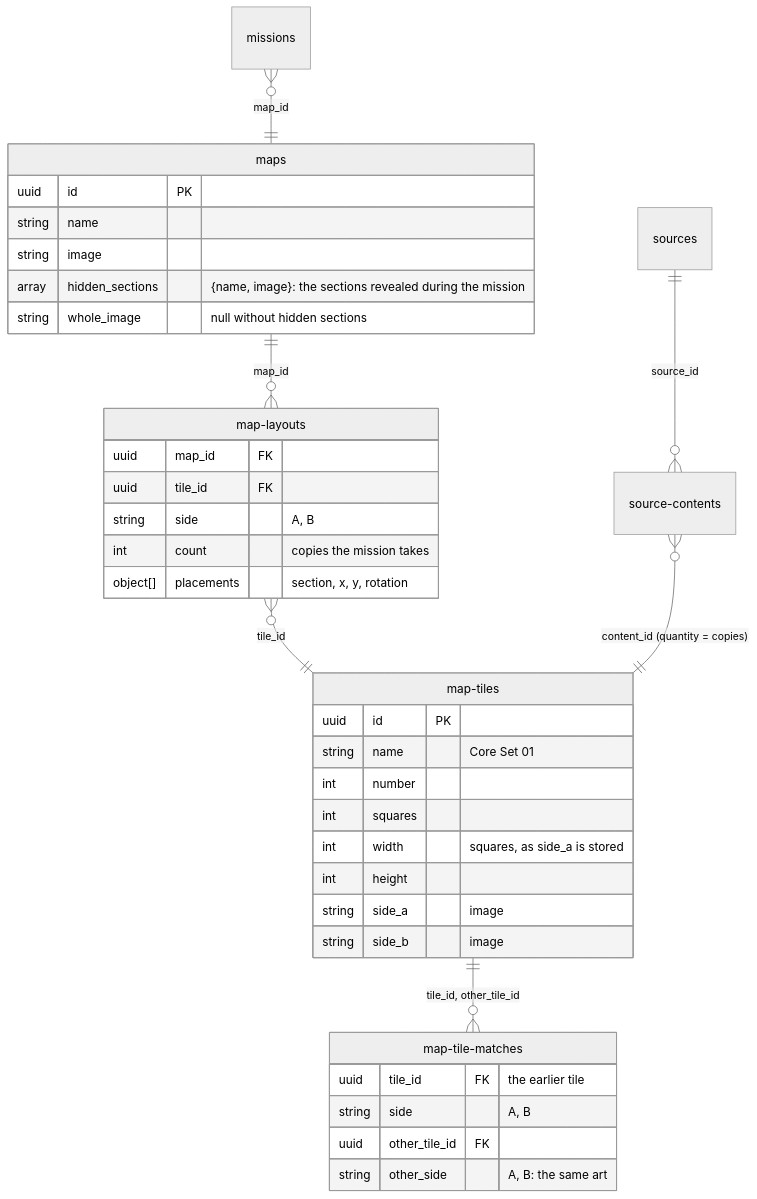
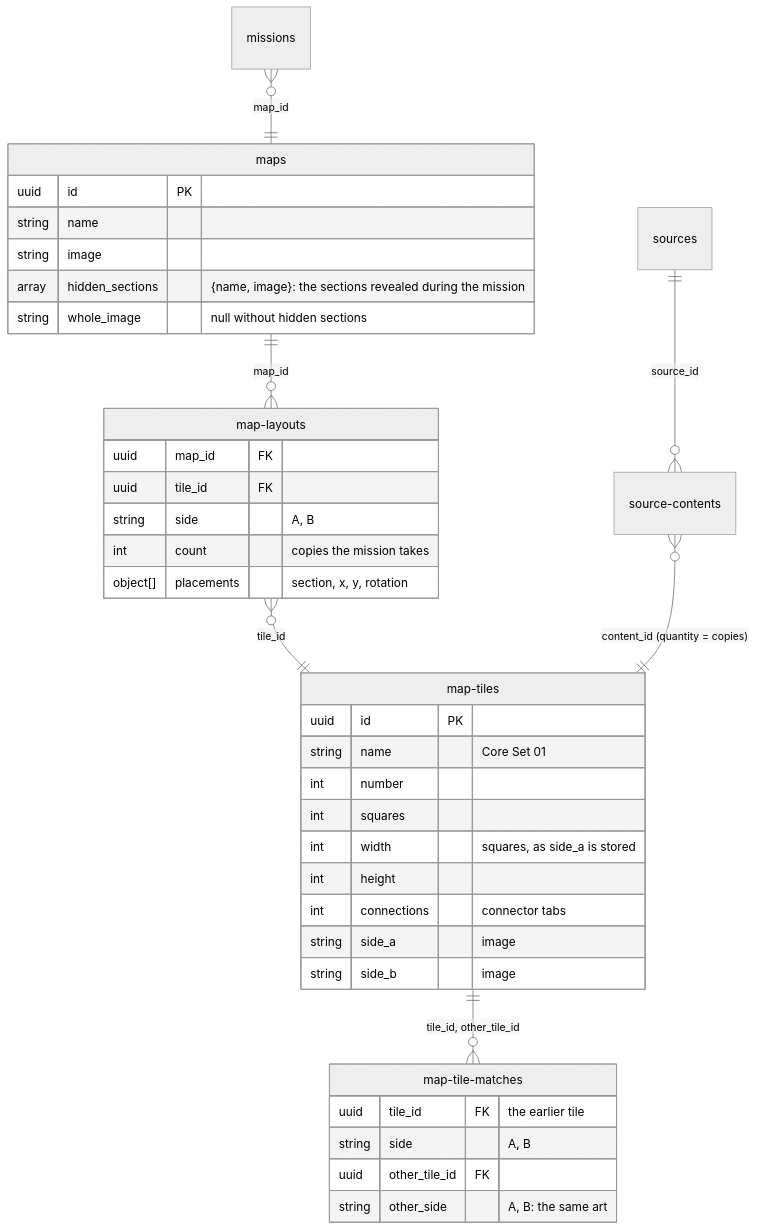
One commit to lvisintini/imperial-assault-data changed the seventh of 9 diagrams in docs/data-model.md. Above: the diagram before and after it, drawn with Mermaid (neutral theme). The commit also changed other lines of this file and 4 other files, not shown here.

First line of the commit message:
map-tiles: connections, each tile's connector tabs, with a Connections filter

````diff
--- a/docs/data-model.md
+++ b/docs/data-model.md
@@ -483,40 +484,41 @@
 ```mermaid
 erDiagram
     missions }o--|| maps : "map_id"
     maps ||--o{ map-layouts : "map_id"
     map-layouts }o--|| map-tiles : "tile_id"
     map-tiles ||--o{ map-tile-matches : "tile_id, other_tile_id"
     sources ||--o{ source-contents : "source_id"
     source-contents }o--|| map-tiles : "content_id (quantity = copies)"
 
     maps {
         uuid id PK
         string name
         string image
         array hidden_sections "{name, image}: the sections revealed during the mission"
         string whole_image "null without hidden sections"
     }
     map-tiles {
         uuid id PK
         string name "Core Set 01"
         int number
         int squares
         int width "squares, as side_a is stored"
         int height
+        int connections "connector tabs"
         string side_a "image"
         string side_b "image"
     }
     map-layouts {
         uuid map_id FK
         uuid tile_id FK
         string side "A, B"
         int count "copies the mission takes"
         object[] placements "section, x, y, rotation"
     }
     map-tile-matches {
         uuid tile_id FK "the earlier tile"
         string side "A, B"
         uuid other_tile_id FK
         string other_side "A, B: the same art"
     }
 ```
````
